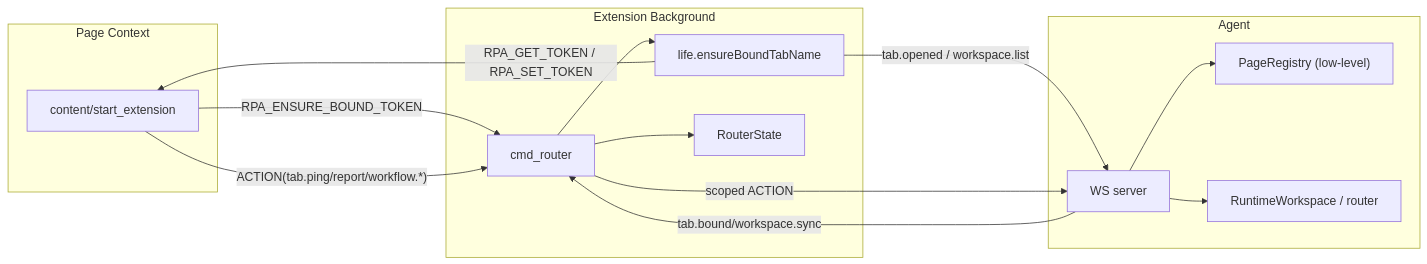
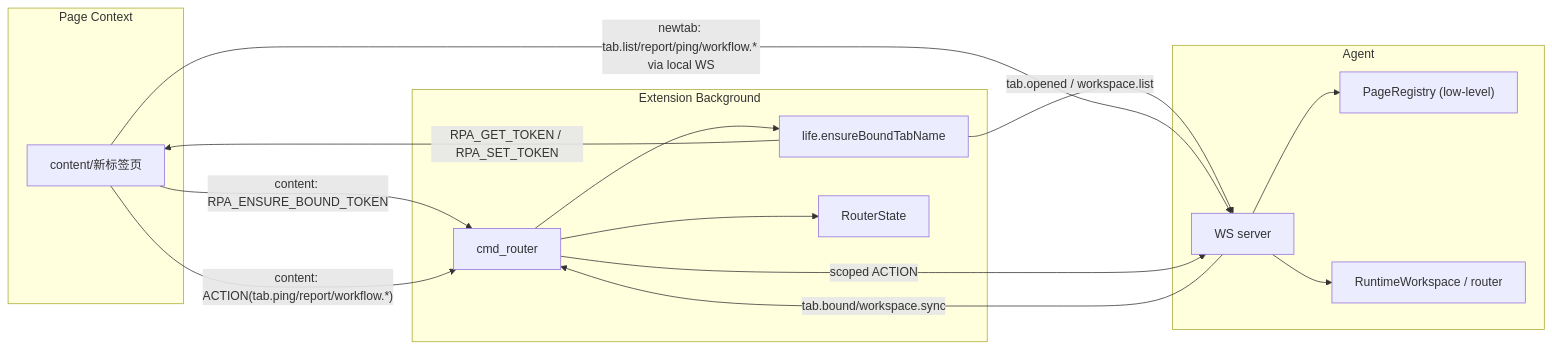
The first of 3 diagrams in docs/Runtime/WorkspaceAndTab.md (Aromatic05/rpa-browser), drawn with Mermaid before and after one commit. The commit also changed other lines of this file and 54 other files, not shown here.

````diff
--- a/docs/Runtime/WorkspaceAndTab.md
+++ b/docs/Runtime/WorkspaceAndTab.md
@@ -65,29 +68,30 @@
 ```mermaid
 flowchart LR
   subgraph PAGE["Page Context"]
-    C["content/start_extension"]
+    C["content/新标签页"]
   end
 
   subgraph BG["Extension Background"]
     R["cmd_router"]
     L["life.ensureBoundTabName"]
     S["RouterState"]
   end
 
   subgraph AG["Agent"]
     W["WS server"]
     P["PageRegistry (low-level)"]
     H["RuntimeWorkspace / router"]
   end
 
-  C -- "RPA_ENSURE_BOUND_TOKEN" --> R
+  C -- "content: RPA_ENSURE_BOUND_TOKEN" --> R
   R --> L
   L -- "RPA_GET_TOKEN / RPA_SET_TOKEN" --> C
   L -- "tab.opened / workspace.list" --> W
-  C -- "ACTION(tab.ping/report/workflow.*)" --> R
+  C -- "content: ACTION(tab.ping/report/workflow.*)" --> R
+  C -- "newtab: tab.list/report/ping/workflow.* via local WS" --> W
   R -- "scoped ACTION" --> W
   W --> P
   W --> H
   W -- "tab.bound/workspace.sync" --> R
   R --> S
 ```
````
